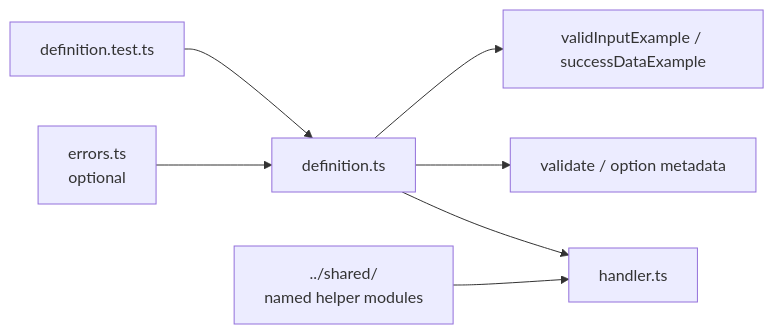
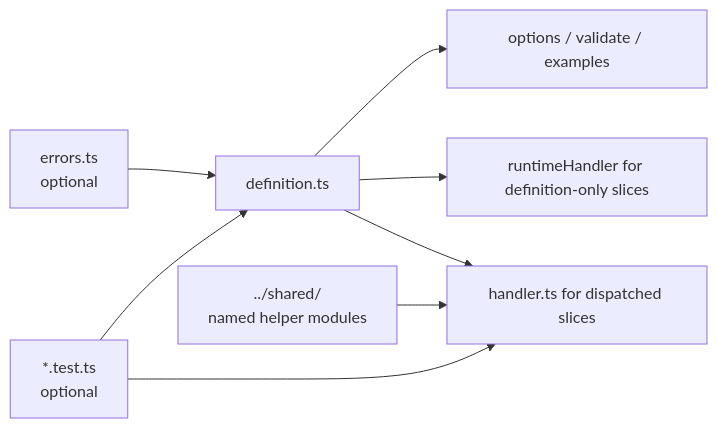
Before and after one commit to throw-if-null/orfe: the second of 2 diagrams in docs/architecture/overview.md, drawn with Mermaid. The commit also changed other lines of this file, not shown here.

Commit message:
Refresh architecture overview for current command slices

````diff
--- a/docs/architecture/overview.md
+++ b/docs/architecture/overview.md
@@ -215,9 +220,10 @@
 ```mermaid
 graph LR
-  Definition[definition.ts] --> Handler[handler.ts]
-  Definition --> Validation[validate / option metadata]
-  Definition --> Examples[validInputExample / successDataExample]
+  Definition[definition.ts] --> Validation[options / validate / examples]
+  Definition --> RuntimeHandler[runtimeHandler for definition-only slices]
+  Definition --> Handler[handler.ts for dispatched slices]
   Errors[errors.ts<br/>optional] --> Definition
-  Tests[definition.test.ts] --> Definition
   Shared[../shared/<br/>named helper modules] --> Handler
+  Tests[*.test.ts<br/>optional] --> Definition
+  Tests --> Handler
 ```
````
